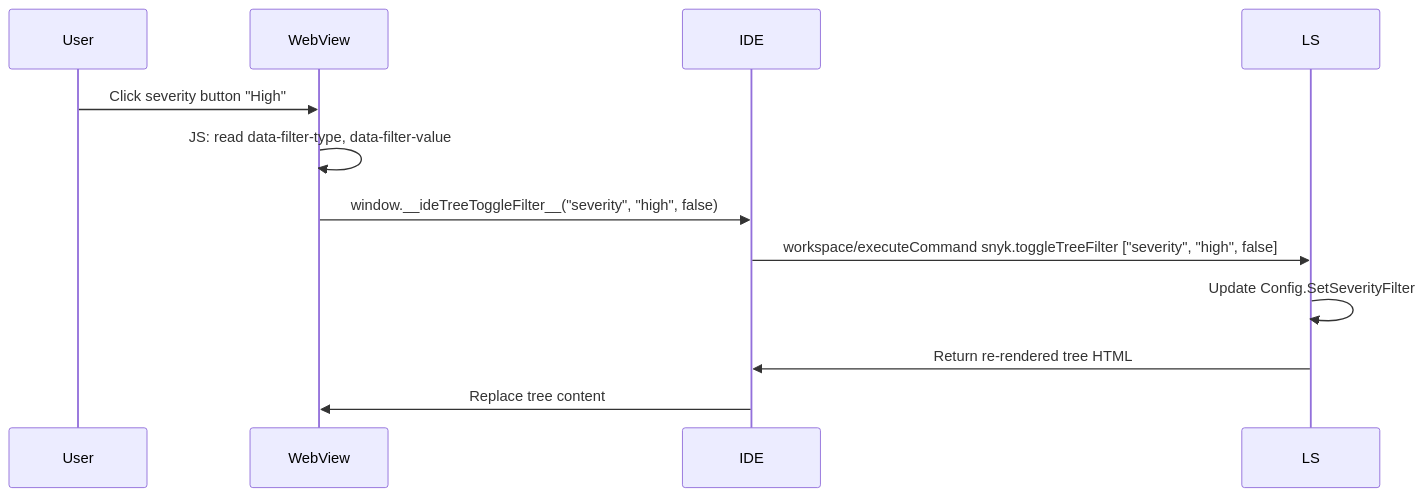
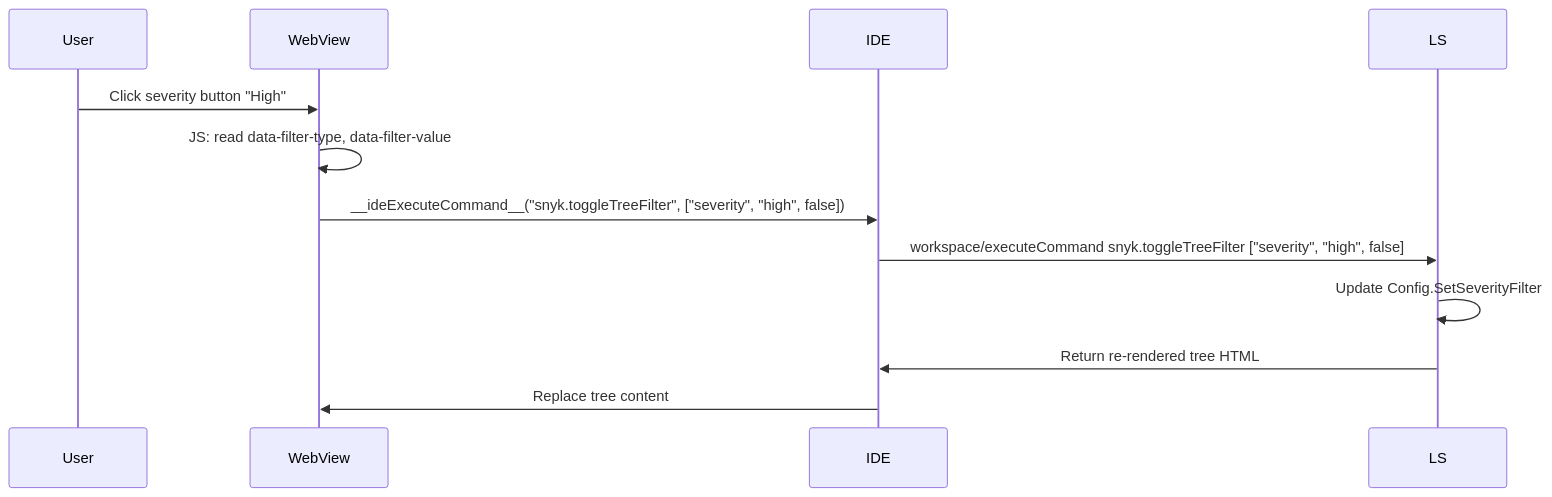
Before and after one commit to snyk/snyk-ls: the second of 2 diagrams in docs/tree-view.md, drawn with Mermaid. The commit also changed other lines of this file and 5 other files, not shown here.

First line of the commit message:
feat(treeview): unify JS-IDE bridge to single __ideExecuteCommand__ [IDE-1750]

````diff
--- a/docs/tree-view.md
+++ b/docs/tree-view.md
@@ -133,15 +124,15 @@
 ```mermaid
 sequenceDiagram
     participant User
     participant WebView
     participant IDE
     participant LS
 
     User->>WebView: Click severity button "High"
     WebView->>WebView: JS: read data-filter-type, data-filter-value
-    WebView->>IDE: window.__ideTreeToggleFilter__("severity", "high", false)
+    WebView->>IDE: __ideExecuteCommand__("snyk.toggleTreeFilter", ["severity", "high", false])
     IDE->>LS: workspace/executeCommand snyk.toggleTreeFilter ["severity", "high", false]
     LS->>LS: Update Config.SetSeverityFilter
     LS->>IDE: Return re-rendered tree HTML
     IDE->>WebView: Replace tree content
 ```
````
